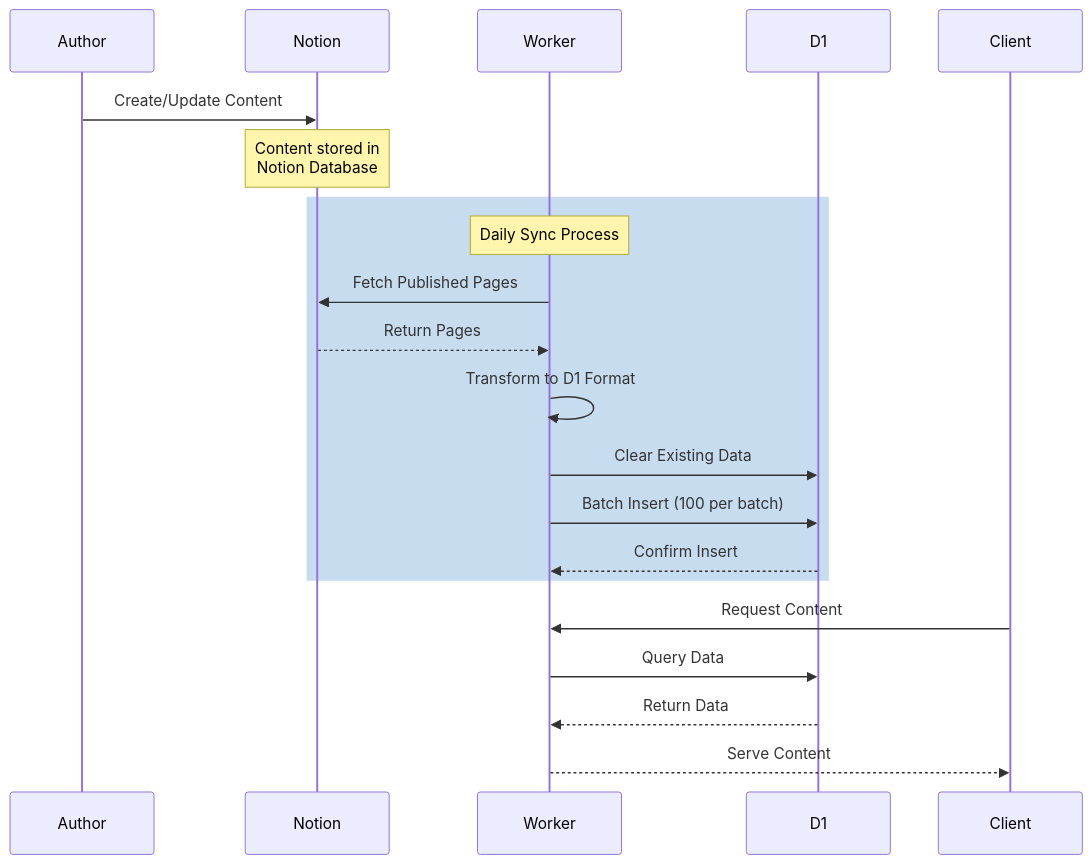
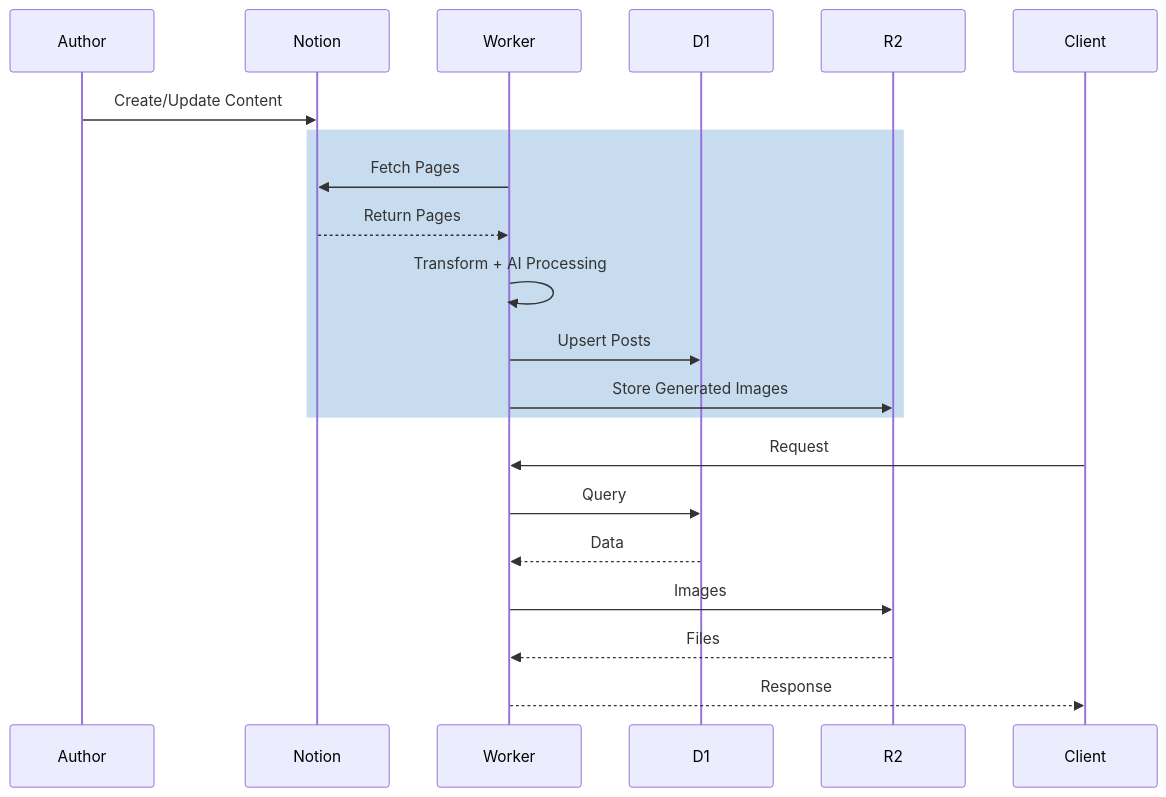
Before and after one commit to tonglam/notion-d1-worker: the diagram in README.md, drawn with Mermaid. The commit also changed other lines of this file and 43 other files, not shown here.

````diff
--- a/README.md
+++ b/README.md
@@ -46,29 +59,29 @@
 ```mermaid
 sequenceDiagram
     participant Author
     participant Notion
     participant Worker
     participant D1
+    participant R2
     participant Client
 
     %% Content Creation
     Author->>Notion: Create/Update Content
-    Note over Notion: Content stored in<br/>Notion Database
 
-    %% Sync Process (Daily)
+    %% Sync Process
     rect rgb(200, 220, 240)
-        Note over Worker: Daily Sync Process
-        Worker->>Notion: Fetch Published Pages
+        Worker->>Notion: Fetch Pages
         Notion-->>Worker: Return Pages
-        Worker->>Worker: Transform to D1 Format
-        Worker->>D1: Clear Existing Data
-        Worker->>D1: Batch Insert (100 per batch)
-        D1-->>Worker: Confirm Insert
+        Worker->>Worker: Transform + AI Processing
+        Worker->>D1: Upsert Posts
+        Worker->>R2: Store Generated Images
     end
 
     %% Content Delivery
-    Client->>Worker: Request Content
-    Worker->>D1: Query Data
-    D1-->>Worker: Return Data
-    Worker-->>Client: Serve Content
+    Client->>Worker: Request
+    Worker->>D1: Query
+    D1-->>Worker: Data
+    Worker->>R2: Images
+    R2-->>Worker: Files
+    Worker-->>Client: Response
 ```
````
